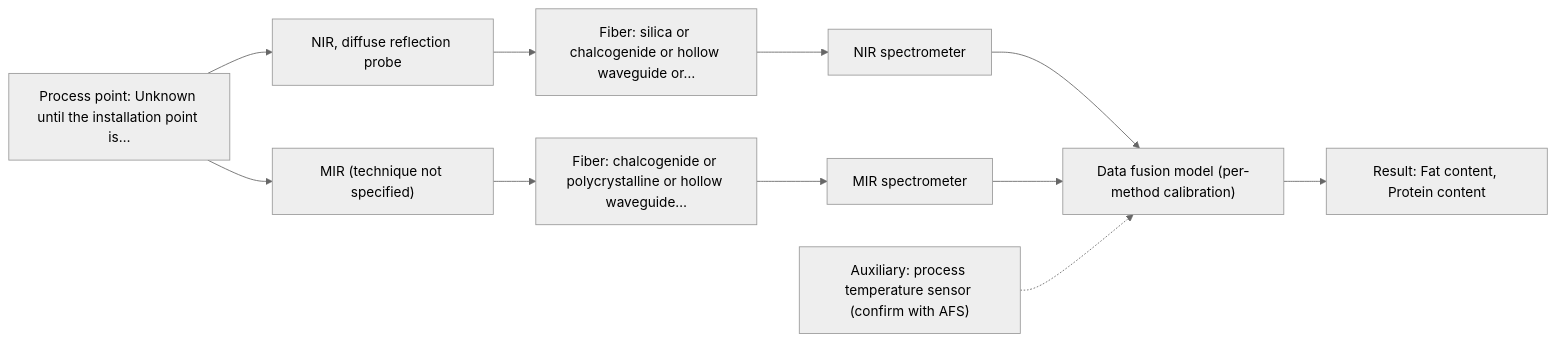
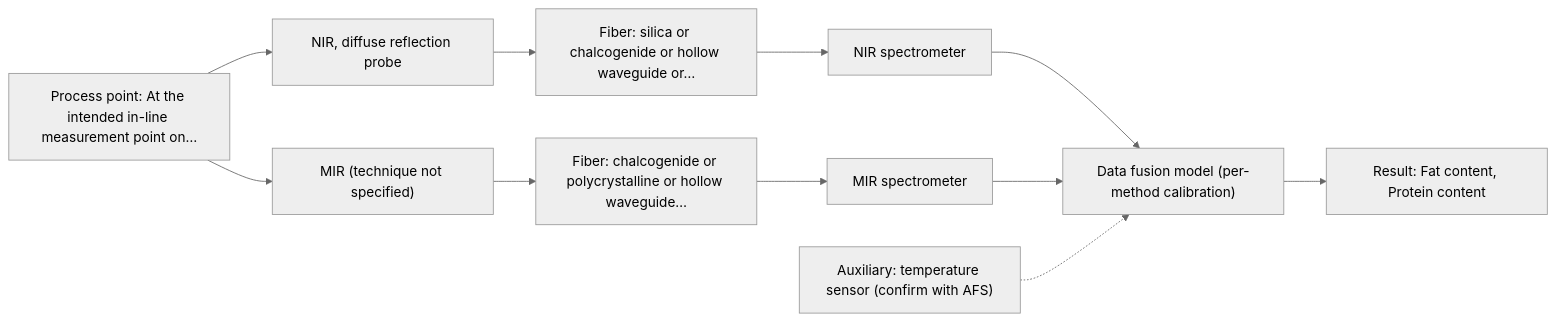
The second of 2 diagrams in outputs/dev/D02.md (sleipnir029/Afs-Spectroscopy-Assistant), drawn with Mermaid (neutral theme) before and after one commit. The commit also changed other lines of this file and 15 other files, not shown here.

Commit message:
Phase 4 dev outputs (--external=live, code f6538ee): 8/8 pass, 0 hard failures, 227/227 citations, replay 8/8 equal, 15/15 charts, 8/8 cost

````diff
--- a/outputs/dev/D02.md
+++ b/outputs/dev/D02.md
@@ -90,23 +87,23 @@
 ```mermaid
 flowchart LR
-    proc["Process point: Unknown until the installation point is…"]
+    proc["Process point: At the intended in-line measurement point on…"]
     probe1["NIR, diffuse reflection probe"]
     fiber1["Fiber: silica or chalcogenide or hollow waveguide or…"]
     spec1["NIR spectrometer"]
     probe2["MIR (technique not specified)"]
     fiber2["Fiber: chalcogenide or polycrystalline or hollow waveguide…"]
     spec2["MIR spectrometer"]
     model["Data fusion model (per-method calibration)"]
     result["Result: Fat content, Protein content"]
-    aux1["Auxiliary: process temperature sensor (confirm with AFS)"]
+    aux1["Auxiliary: temperature sensor (confirm with AFS)"]
     proc --> probe1
     probe1 --> fiber1
     fiber1 --> spec1
     spec1 --> model
     proc --> probe2
     probe2 --> fiber2
     fiber2 --> spec2
     spec2 --> model
     model --> result
     aux1 -.-> model
 ```
````
